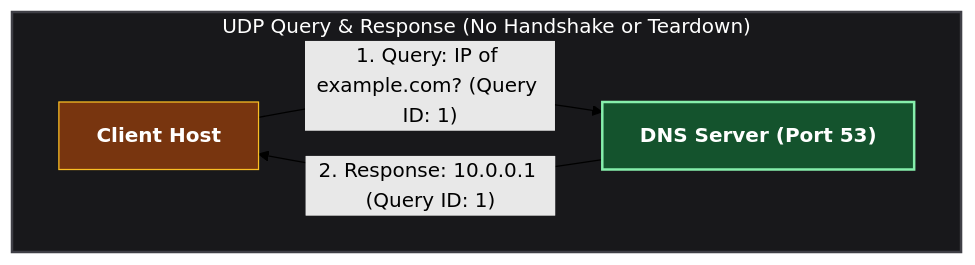
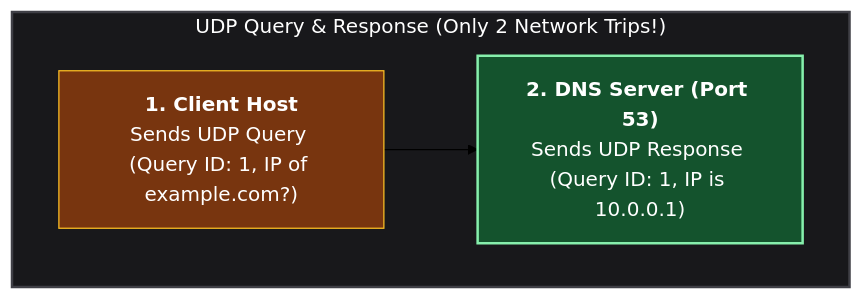
The fifth of 6 diagrams in content/posts/networking/ch13-user-datagram-protocol-udp.mdx (ayuslharora/blog-ayuslh), drawn with Mermaid (forest theme) before and after one commit. The commit also changed other lines of this file, not shown here.

Commit message:
Refine diagram flow for DNS TCP and UDP scenarios

````diff
--- a/content/posts/networking/ch13-user-datagram-protocol-udp.mdx
+++ b/content/posts/networking/ch13-user-datagram-protocol-udp.mdx
@@ -201,12 +200,10 @@
 ```mermaid
 flowchart TD
-    subgraph DirectUDP ["UDP Query & Response (No Handshake or Teardown)"]
-        direction LR
-        C_UDP["<b>Client Host</b>"] -- "1. Query: IP of example.com? (Query ID: 1)" --> D_UDP["<b>DNS Server (Port 53)</b>"]
-        D_UDP -- "2. Response: 10.0.0.1 (Query ID: 1)" --> C_UDP
+    subgraph DirectUDP ["UDP Query & Response (Only 2 Network Trips!)"]
+        U1["<b>1. Client Host</b><br>Sends UDP Query (Query ID: 1, IP of example.com?)"] --> U2["<b>2. DNS Server (Port 53)</b><br>Sends UDP Response (Query ID: 1, IP is 10.0.0.1)"]
     end
 
     style DirectUDP fill:#18181b,stroke:#3f3f46,stroke-width:2px,color:#fff
-    style C_UDP fill:#78350f,stroke:#fbbf24,color:#fff
-    style D_UDP fill:#14532d,stroke:#86efac,stroke-width:2px,color:#fff
+    style U1 fill:#78350f,stroke:#fbbf24,color:#fff
+    style U2 fill:#14532d,stroke:#86efac,stroke-width:2px,color:#fff
 ```
````
